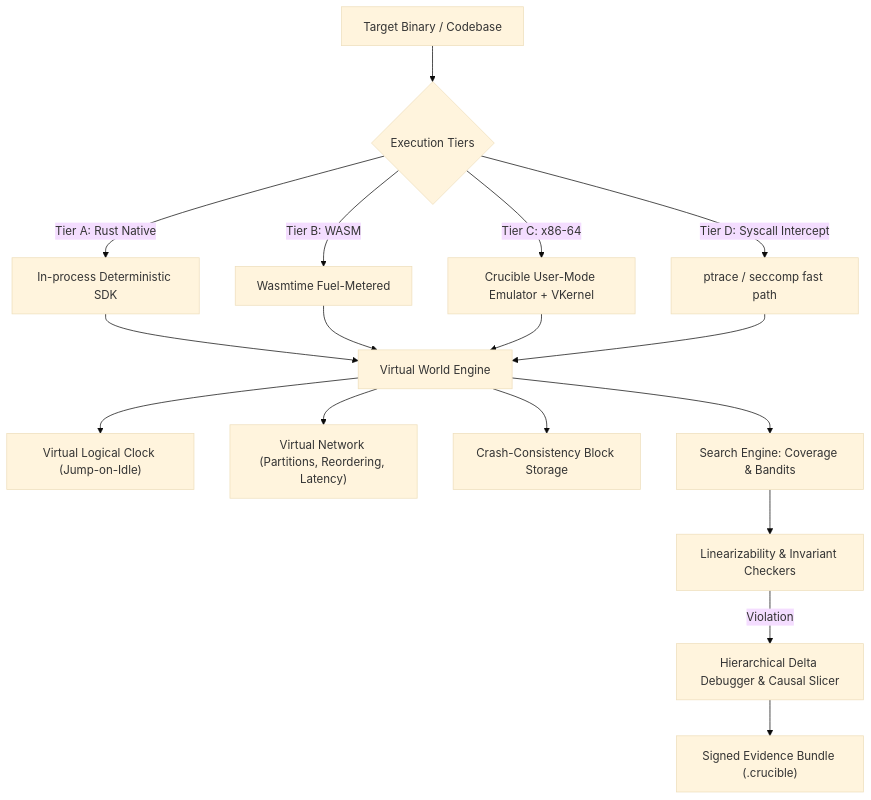
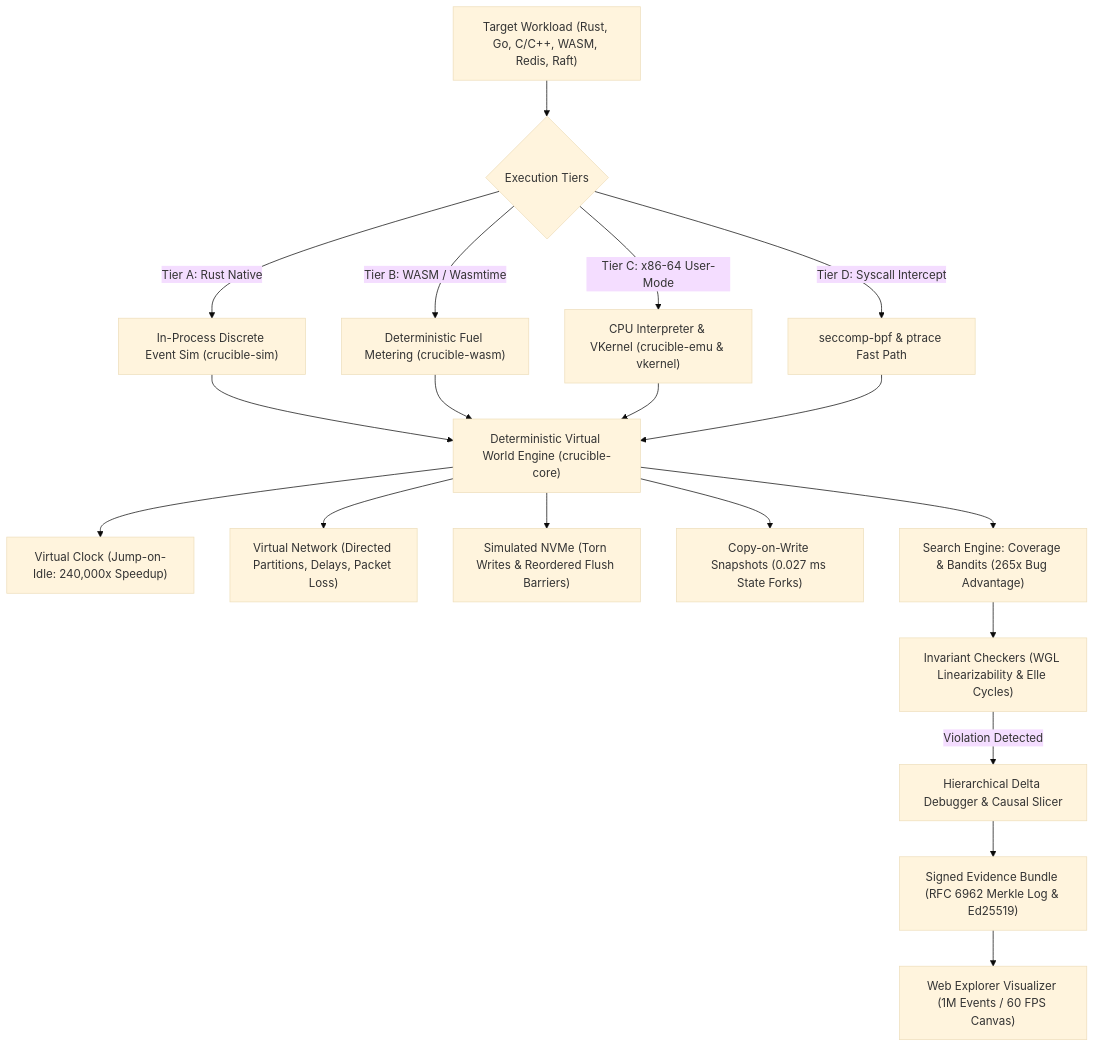
Before and after one commit to somil71/Crucible: the diagram in README.md, drawn with Mermaid (base theme). The commit also changed other lines of this file and 11 other files, not shown here.

Commit message:
feat: complete post-roadmap polish (README, GitHub Actions CI, upstream packaging, SSE streaming, Tier D)

````diff
--- a/README.md
+++ b/README.md
@@ -11,18 +17,22 @@
 ```mermaid
 flowchart TD
-    Target["Target Binary / Codebase"] --> Tiers{Execution Tiers}
-    Tiers -->|Tier A: Rust Native| SDK["In-process Deterministic SDK"]
-    Tiers -->|Tier B: WASM| Wasm["Wasmtime Fuel-Metered"]
-    Tiers -->|Tier C: x86-64| Emu["Crucible User-Mode Emulator + VKernel"]
-    Tiers -->|Tier D: Syscall Intercept| Ptrace["ptrace / seccomp fast path"]
+    Target["Target Workload (Rust, Go, C/C++, WASM, Redis, Raft)"] --> Tiers{Execution Tiers}
     
-    SDK & Wasm & Emu & Ptrace --> World["Virtual World Engine"]
-    World --> VClock["Virtual Logical Clock (Jump-on-Idle)"]
-    World --> VNet["Virtual Network (Partitions, Reordering, Latency)"]
-    World --> VDisk["Crash-Consistency Block Storage"]
+    Tiers -->|Tier A: Rust Native| Sim["In-Process Discrete Event Sim (crucible-sim)"]
+    Tiers -->|Tier B: WASM / Wasmtime| Wasm["Deterministic Fuel Metering (crucible-wasm)"]
+    Tiers -->|Tier C: x86-64 User-Mode| Emu["CPU Interpreter & VKernel (crucible-emu & vkernel)"]
+    Tiers -->|Tier D: Syscall Intercept| Ptrace["seccomp-bpf & ptrace Fast Path"]
     
-    World --> Search["Search Engine: Coverage & Bandits"]
-    Search --> Checkers["Linearizability & Invariant Checkers"]
-    Checkers -->|Violation| Min["Hierarchical Delta Debugger & Causal Slicer"]
-    Min --> Bundle["Signed Evidence Bundle (.crucible)"]
+    Sim & Wasm & Emu & Ptrace --> World["Deterministic Virtual World Engine (crucible-core)"]
+    
+    World --> VClock["Virtual Clock (Jump-on-Idle: 240,000x Speedup)"]
+    World --> VNet["Virtual Network (Directed Partitions, Delays, Packet Loss)"]
+    World --> VDisk["Simulated NVMe (Torn Writes & Reordered Flush Barriers)"]
+    World --> CoW["Copy-on-Write Snapshots (0.027 ms State Forks)"]
+    
+    World --> Search["Search Engine: Coverage & Bandits (265x Bug Advantage)"]
+    Search --> Checkers["Invariant Checkers (WGL Linearizability & Elle Cycles)"]
+    Checkers -->|Violation Detected| Min["Hierarchical Delta Debugger & Causal Slicer"]
+    Min --> Bundle["Signed Evidence Bundle (RFC 6962 Merkle Log & Ed25519)"]
+    Bundle --> Web["Web Explorer Visualizer (1M Events / 60 FPS Canvas)"]
 ```
````
